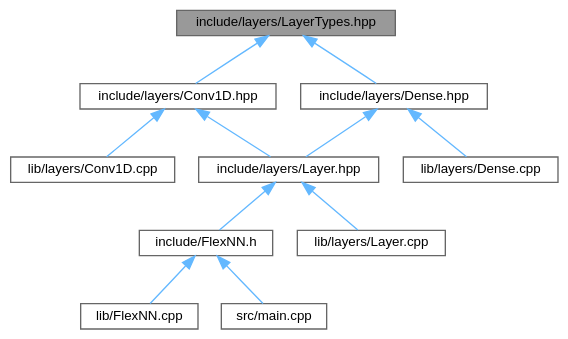
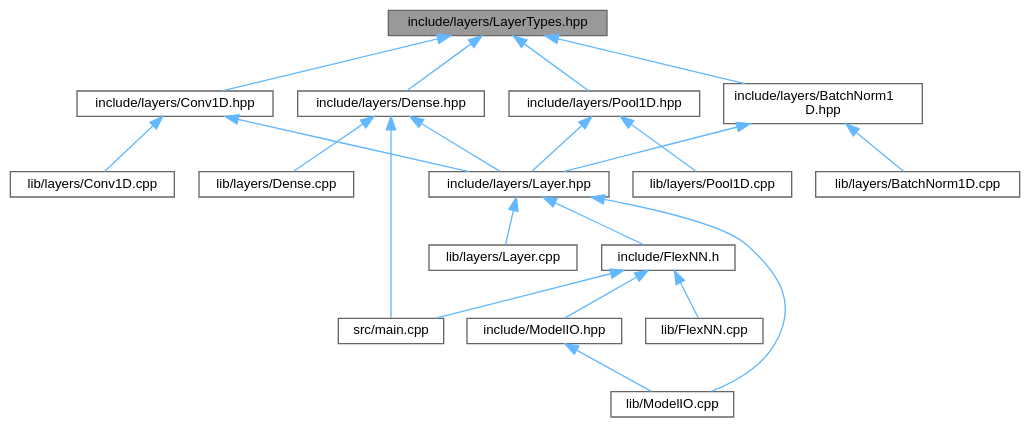
The diagram in LayerTypes_8hpp__dep__incl.dot (Nalin-Angrish/FlexNN), drawn with Graphviz before and after one commit. The commit also changed 201 other files, not shown here.

```diff
--- a/LayerTypes_8hpp__dep__incl.dot
+++ b/LayerTypes_8hpp__dep__incl.dot
@@ -1,27 +1,43 @@
 digraph "include/layers/LayerTypes.hpp"
 {
  // LATEX_PDF_SIZE
   bgcolor="transparent";
   edge [fontname=Helvetica,fontsize=10,labelfontname=Helvetica,labelfontsize=10];
   node [fontname=Helvetica,fontsize=10,shape=box,height=0.2,width=0.4];
   Node1 [id="Node000001",label="include/layers/LayerTypes.hpp",height=0.2,width=0.4,color="gray40", fillcolor="grey60", style="filled", fontcolor="black",tooltip="Shared PODs for FlexNN::Layers — LayerType, DType, and per-type Params."];
   Node1 -> Node2 [id="edge1_Node000001_Node000002",dir="back",color="steelblue1",style="solid",tooltip=" "];
-  Node2 [id="Node000002",label="include/layers/Conv1D.hpp",height=0.2,width=0.4,color="grey40", fillcolor="white", style="filled",URL="$Conv1D_8hpp.html",tooltip="1D temporal convolution for FlexNN::Layers."];
+  Node2 [id="Node000002",label="include/layers/BatchNorm1\lD.hpp",height=0.2,width=0.4,color="grey40", fillcolor="white", style="filled",URL="$BatchNorm1D_8hpp.html",tooltip="BatchNorm1D layer for FlexNN::Layers (training stats, aux export)."];
   Node2 -> Node3 [id="edge2_Node000002_Node000003",dir="back",color="steelblue1",style="solid",tooltip=" "];
   Node3 [id="Node000003",label="include/layers/Layer.hpp",height=0.2,width=0.4,color="grey40", fillcolor="white", style="filled",URL="$Layer_8hpp.html",tooltip="Type-erased wrapper for FlexNN::Layers — heterogeneous stack without inheritance."];
   Node3 -> Node4 [id="edge3_Node000003_Node000004",dir="back",color="steelblue1",style="solid",tooltip=" "];
   Node4 [id="Node000004",label="include/FlexNN.h",height=0.2,width=0.4,color="grey40", fillcolor="white", style="filled",URL="$FlexNN_8h.html",tooltip="Header for FlexNN neural network (heterogeneous stack via Layers::Layer)."];
   Node4 -> Node5 [id="edge4_Node000004_Node000005",dir="back",color="steelblue1",style="solid",tooltip=" "];
-  Node5 [id="Node000005",label="lib/FlexNN.cpp",height=0.2,width=0.4,color="grey40", fillcolor="white", style="filled",URL="$FlexNN_8cpp.html",tooltip="Implements FlexNN::NeuralNetwork with heterogeneous Layers::Layer variant."];
-  Node4 -> Node6 [id="edge5_Node000004_Node000006",dir="back",color="steelblue1",style="solid",tooltip=" "];
-  Node6 [id="Node000006",label="src/main.cpp",height=0.2,width=0.4,color="grey40", fillcolor="white", style="filled",URL="$main_8cpp.html",tooltip="Main file for the MNIST digit recognition example using FlexNN."];
-  Node3 -> Node7 [id="edge6_Node000003_Node000007",dir="back",color="steelblue1",style="solid",tooltip=" "];
-  Node7 [id="Node000007",label="lib/layers/Layer.cpp",height=0.2,width=0.4,color="grey40", fillcolor="white", style="filled",URL="$layers_2Layer_8cpp.html",tooltip="Out-of-line helpers for FlexNN::Layers::Layer (currently header-only)."];
-  Node2 -> Node8 [id="edge7_Node000002_Node000008",dir="back",color="steelblue1",style="solid",tooltip=" "];
-  Node8 [id="Node000008",label="lib/layers/Conv1D.cpp",height=0.2,width=0.4,color="grey40", fillcolor="white", style="filled",URL="$Conv1D_8cpp.html",tooltip="Implements FlexNN::Layers::Conv1D forward/backward/propagate."];
-  Node1 -> Node9 [id="edge8_Node000001_Node000009",dir="back",color="steelblue1",style="solid",tooltip=" "];
-  Node9 [id="Node000009",label="include/layers/Dense.hpp",height=0.2,width=0.4,color="grey40", fillcolor="white", style="filled",URL="$Dense_8hpp.html",tooltip="Dense (fully-connected) layer for FlexNN::Layers."];
-  Node9 -> Node3 [id="edge9_Node000009_Node000003",dir="back",color="steelblue1",style="solid",tooltip=" "];
-  Node9 -> Node10 [id="edge10_Node000009_Node000010",dir="back",color="steelblue1",style="solid",tooltip=" "];
-  Node10 [id="Node000010",label="lib/layers/Dense.cpp",height=0.2,width=0.4,color="grey40", fillcolor="white", style="filled",URL="$Dense_8cpp.html",tooltip="Implements FlexNN::Layers::Dense forward/backward/update."];
+  Node5 [id="Node000005",label="include/ModelIO.hpp",height=0.2,width=0.4,color="grey40", fillcolor="white", style="filled",URL="$ModelIO_8hpp.html",tooltip="Flat binary ModelIO for FlexNN — exportModel / importModel."];
+  Node5 -> Node6 [id="edge5_Node000005_Node000006",dir="back",color="steelblue1",style="solid",tooltip=" "];
+  Node6 [id="Node000006",label="lib/ModelIO.cpp",height=0.2,width=0.4,color="grey40", fillcolor="white", style="filled",URL="$ModelIO_8cpp.html",tooltip="Implements FlexNN flat binary export/import per LLD_FLEXNN §7."];
+  Node4 -> Node7 [id="edge6_Node000004_Node000007",dir="back",color="steelblue1",style="solid",tooltip=" "];
+  Node7 [id="Node000007",label="lib/FlexNN.cpp",height=0.2,width=0.4,color="grey40", fillcolor="white", style="filled",URL="$FlexNN_8cpp.html",tooltip="Implements FlexNN::NeuralNetwork with heterogeneous Layers::Layer variant."];
+  Node4 -> Node8 [id="edge7_Node000004_Node000008",dir="back",color="steelblue1",style="solid",tooltip=" "];
+  Node8 [id="Node000008",label="src/main.cpp",height=0.2,width=0.4,color="grey40", fillcolor="white", style="filled",URL="$main_8cpp.html",tooltip="MNIST example — now uses FlexNN::Layers::Dense + Activations + deterministic seed."];
+  Node3 -> Node6 [id="edge8_Node000003_Node000006",dir="back",color="steelblue1",style="solid",tooltip=" "];
+  Node3 -> Node9 [id="edge9_Node000003_Node000009",dir="back",color="steelblue1",style="solid",tooltip=" "];
+  Node9 [id="Node000009",label="lib/layers/Layer.cpp",height=0.2,width=0.4,color="grey40", fillcolor="white", style="filled",URL="$layers_2Layer_8cpp.html",tooltip="Out-of-line helpers for FlexNN::Layers::Layer (currently header-only)."];
+  Node2 -> Node10 [id="edge10_Node000002_Node000010",dir="back",color="steelblue1",style="solid",tooltip=" "];
+  Node10 [id="Node000010",label="lib/layers/BatchNorm1D.cpp",height=0.2,width=0.4,color="grey40", fillcolor="white", style="filled",URL="$BatchNorm1D_8cpp.html",tooltip="Implements FlexNN::Layers::BatchNorm1D forward/backward."];
+  Node1 -> Node11 [id="edge11_Node000001_Node000011",dir="back",color="steelblue1",style="solid",tooltip=" "];
+  Node11 [id="Node000011",label="include/layers/Conv1D.hpp",height=0.2,width=0.4,color="grey40", fillcolor="white", style="filled",URL="$Conv1D_8hpp.html",tooltip="1D temporal convolution for FlexNN::Layers."];
+  Node11 -> Node3 [id="edge12_Node000011_Node000003",dir="back",color="steelblue1",style="solid",tooltip=" "];
+  Node11 -> Node12 [id="edge13_Node000011_Node000012",dir="back",color="steelblue1",style="solid",tooltip=" "];
+  Node12 [id="Node000012",label="lib/layers/Conv1D.cpp",height=0.2,width=0.4,color="grey40", fillcolor="white", style="filled",URL="$Conv1D_8cpp.html",tooltip="Implements FlexNN::Layers::Conv1D forward/backward/propagate."];
+  Node1 -> Node13 [id="edge14_Node000001_Node000013",dir="back",color="steelblue1",style="solid",tooltip=" "];
+  Node13 [id="Node000013",label="include/layers/Dense.hpp",height=0.2,width=0.4,color="grey40", fillcolor="white", style="filled",URL="$Dense_8hpp.html",tooltip="Dense (fully-connected) layer for FlexNN::Layers."];
+  Node13 -> Node3 [id="edge15_Node000013_Node000003",dir="back",color="steelblue1",style="solid",tooltip=" "];
+  Node13 -> Node14 [id="edge16_Node000013_Node000014",dir="back",color="steelblue1",style="solid",tooltip=" "];
+  Node14 [id="Node000014",label="lib/layers/Dense.cpp",height=0.2,width=0.4,color="grey40", fillcolor="white", style="filled",URL="$Dense_8cpp.html",tooltip="Implements FlexNN::Layers::Dense forward/backward/update."];
+  Node13 -> Node8 [id="edge17_Node000013_Node000008",dir="back",color="steelblue1",style="solid",tooltip=" "];
+  Node1 -> Node15 [id="edge18_Node000001_Node000015",dir="back",color="steelblue1",style="solid",tooltip=" "];
+  Node15 [id="Node000015",label="include/layers/Pool1D.hpp",height=0.2,width=0.4,color="grey40", fillcolor="white", style="filled",URL="$Pool1D_8hpp.html",tooltip="Pool1D layers — MaxPool1D and AvgPool1D (weightless)."];
+  Node15 -> Node3 [id="edge19_Node000015_Node000003",dir="back",color="steelblue1",style="solid",tooltip=" "];
+  Node15 -> Node16 [id="edge20_Node000015_Node000016",dir="back",color="steelblue1",style="solid",tooltip=" "];
+  Node16 [id="Node000016",label="lib/layers/Pool1D.cpp",height=0.2,width=0.4,color="grey40", fillcolor="white", style="filled",URL="$Pool1D_8cpp.html",tooltip="Implements MaxPool1D and AvgPool1D forward/backward."];
 }
```
